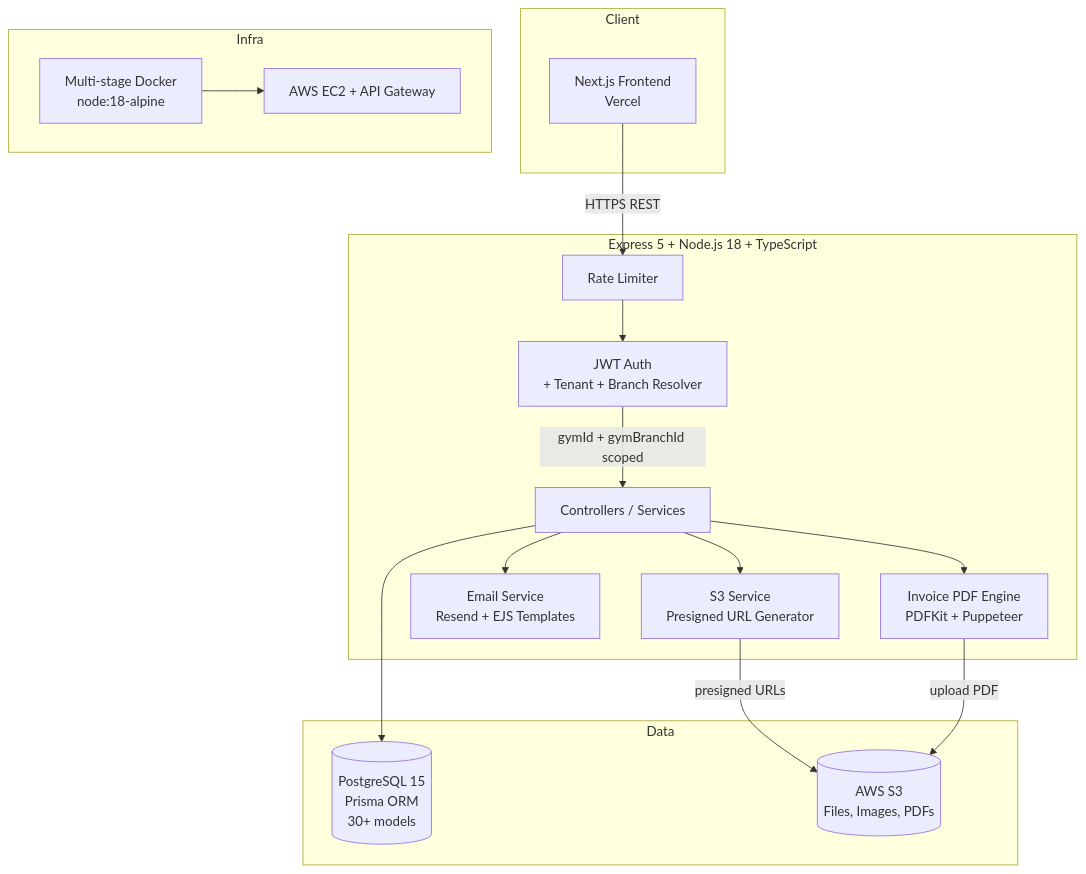
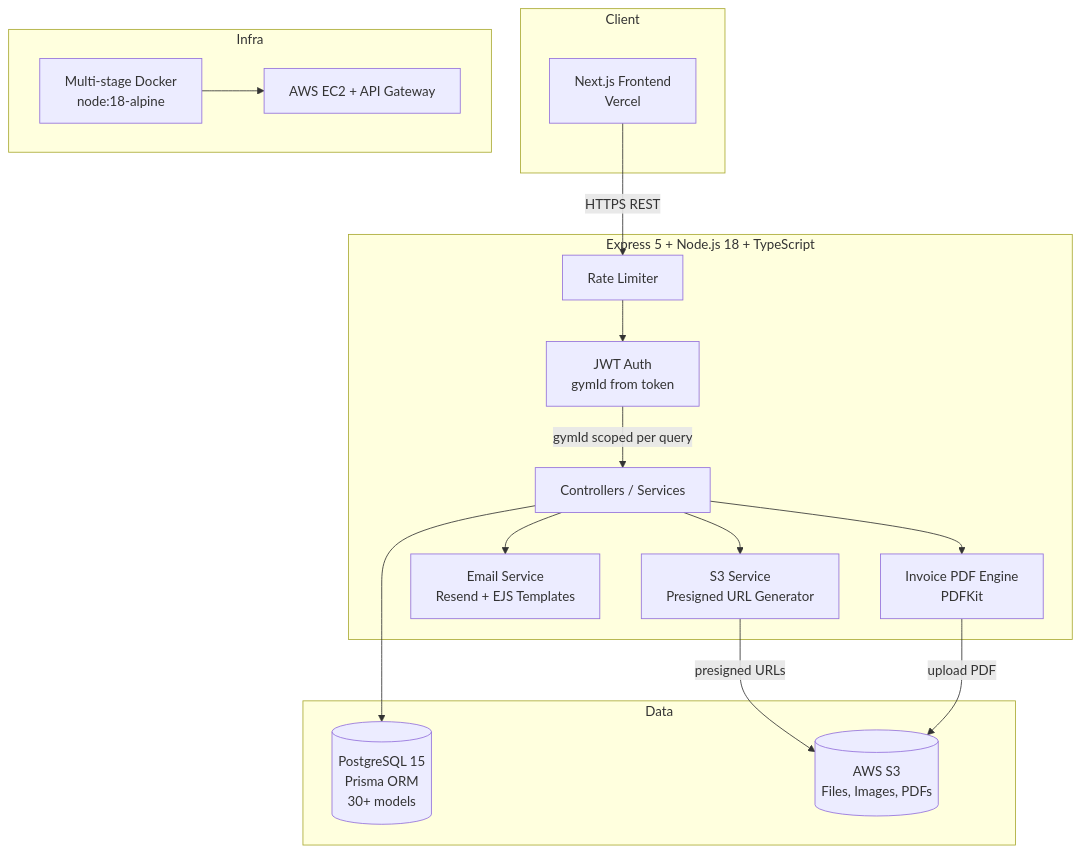
Before and after one commit to Mohak-Tripathi/gym-management-saas: the diagram in README.md, drawn with Mermaid. The commit also changed other lines of this file, not shown here.

````diff
--- a/README.md
+++ b/README.md
@@ -40,36 +41,36 @@
 ```mermaid
 graph TB
     subgraph Client
         FE[Next.js Frontend<br/>Vercel]
     end
 
     subgraph API["Express 5 + Node.js 18 + TypeScript"]
         RL[Rate Limiter]
-        AUTH[JWT Auth<br/>+ Tenant + Branch Resolver]
+        AUTH[JWT Auth<br/>gymId from token]
         CTRL[Controllers / Services]
-        PDF[Invoice PDF Engine<br/>PDFKit + Puppeteer]
+        PDF[Invoice PDF Engine<br/>PDFKit]
         EMAIL[Email Service<br/>Resend + EJS Templates]
         S3SVC[S3 Service<br/>Presigned URL Generator]
     end
 
     subgraph Data
         PG[(PostgreSQL 15<br/>Prisma ORM<br/>30+ models)]
         S3[(AWS S3<br/>Files, Images, PDFs)]
     end
 
     subgraph Infra
         DOCKER[Multi-stage Docker<br/>node:18-alpine]
         AWS[AWS EC2 + API Gateway]
     end
 
     FE -->|HTTPS REST| RL
     RL --> AUTH
-    AUTH -->|gymId + gymBranchId scoped| CTRL
+    AUTH -->|gymId scoped per query| CTRL
     CTRL --> PG
     CTRL --> PDF
     CTRL --> EMAIL
     CTRL --> S3SVC
     S3SVC -->|presigned URLs| S3
     PDF -->|upload PDF| S3
     DOCKER --> AWS
 ```
````
